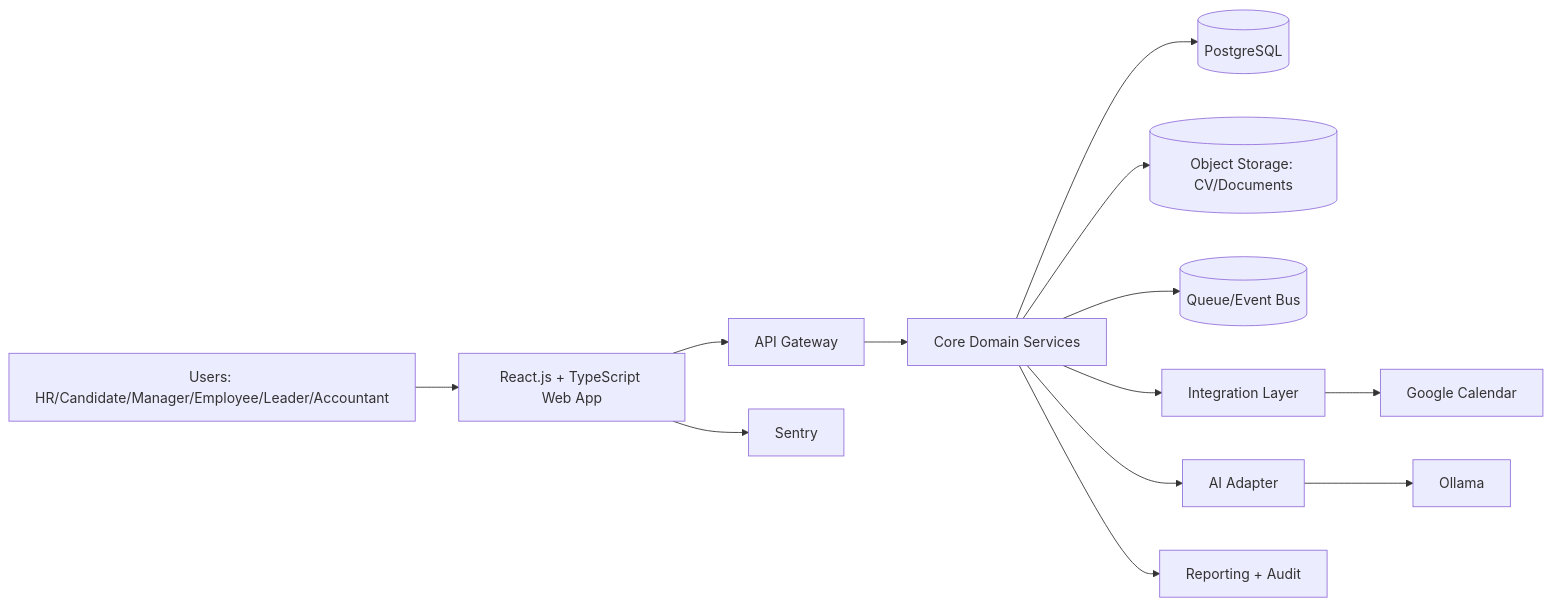
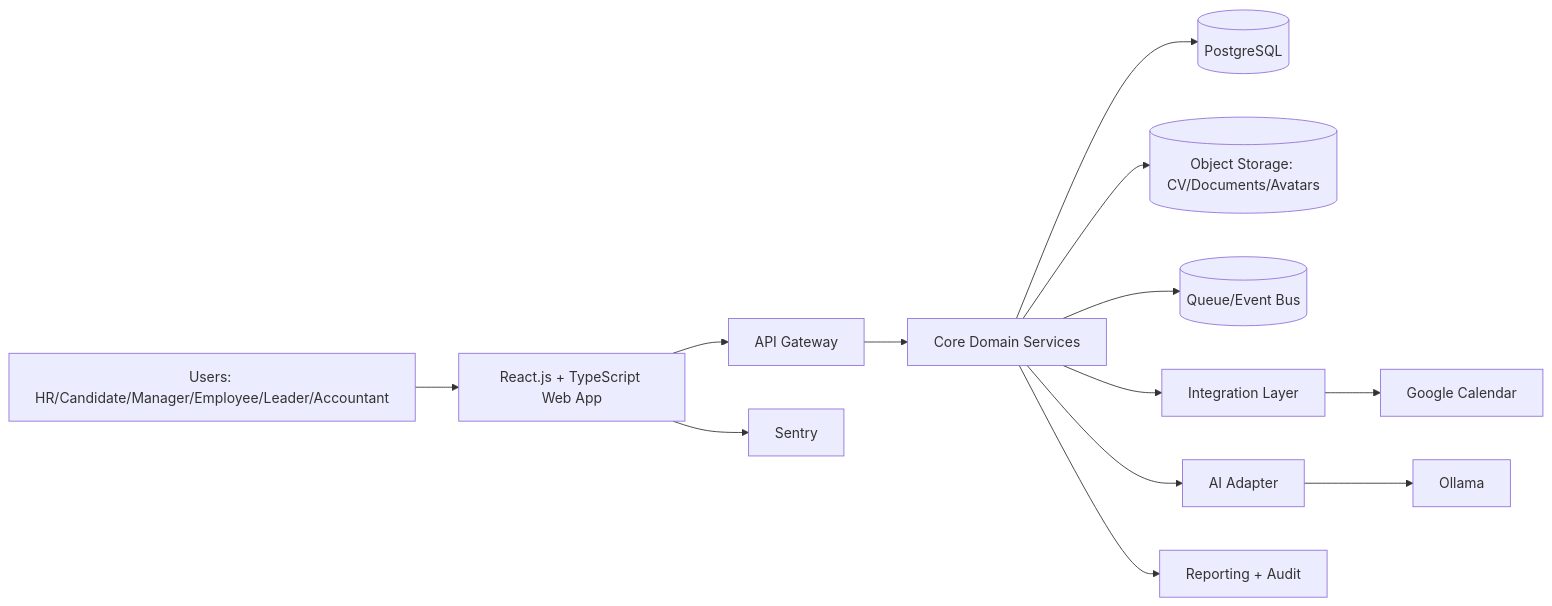
The diagram in docs/architecture/overview.md (RubiFoc/hrm), drawn with Mermaid before and after one commit. The commit also changed other lines of this file and 44 other files, not shown here.

````diff
--- a/docs/architecture/overview.md
+++ b/docs/architecture/overview.md
@@ -14,15 +14,15 @@
 ```mermaid
 flowchart LR
   U[Users: HR/Candidate/Manager/Employee/Leader/Accountant] --> W[React.js + TypeScript Web App]
   W --> A[API Gateway]
   W --> S[Sentry]
   A --> C[Core Domain Services]
   C --> D[(PostgreSQL)]
-  C --> O[(Object Storage: CV/Documents)]
+  C --> O[(Object Storage: CV/Documents/Avatars)]
   C --> Q[(Queue/Event Bus)]
   C --> I[Integration Layer]
   I --> G[Google Calendar]
   C --> AI[AI Adapter]
   AI --> L[Ollama]
   C --> R[Reporting + Audit]
 ```
````
